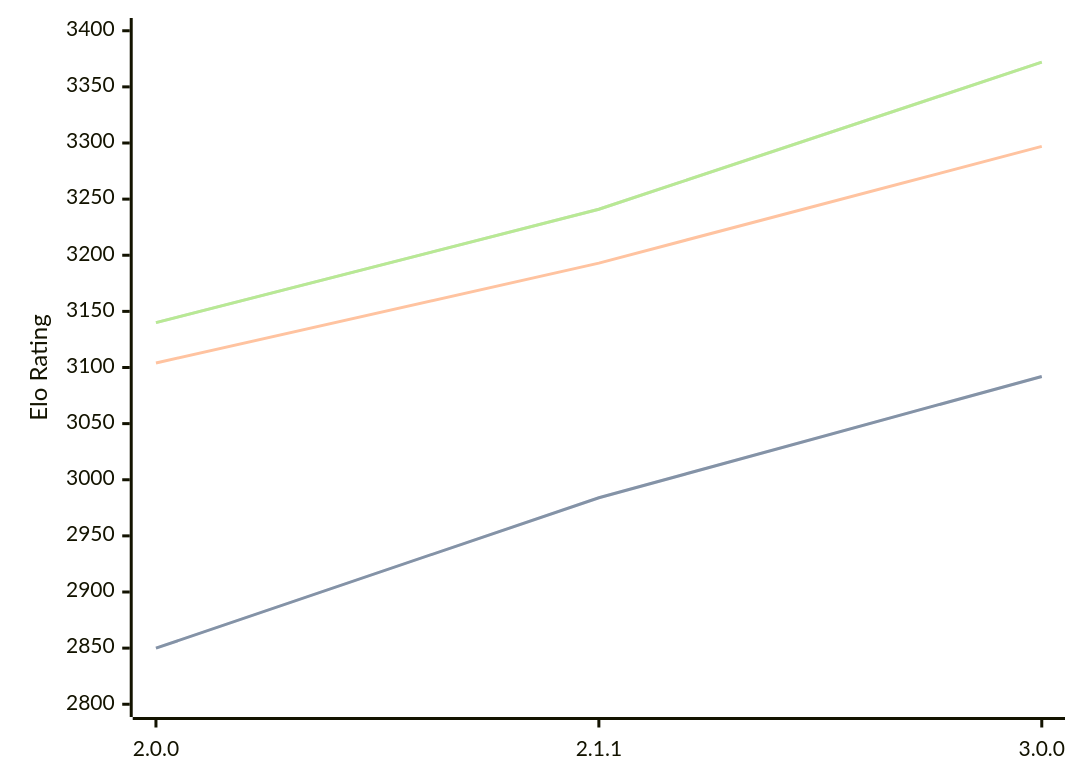
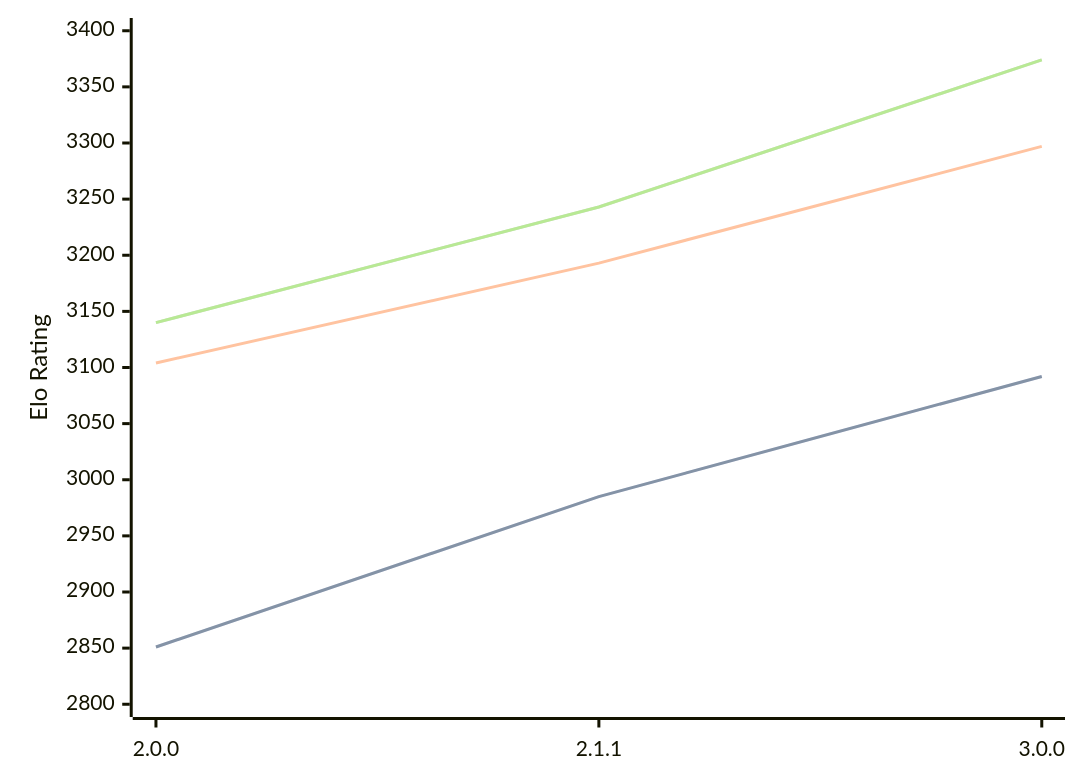
The diagram in engines/Bread.md (computer-chess-index/cci), drawn with Mermaid before and after one commit. The commit also changed other lines of this file, not shown here.

Commit message:
Update CCI Ratings (ELO VLTC) - 2026-05-21

````diff
--- a/engines/Bread.md
+++ b/engines/Bread.md
@@ -51,11 +51,11 @@
 ```mermaid
 %%{init: {"theme":"base","themeVariables":{"seriesColors:['#a3a3a3','#222221','#faa371']}}}%%
 xychart-beta
   x-axis ["2.0.0", "2.1.1", "3.0.0"]
   y-axis "Elo Rating" 2800 --> 3400
-  line "STC (8.0+0.08s)" [2850, 2984, 3092]
-  line "STC (8.0+0.08s)" [2850, 2984, 3092]
+  line "STC (8.0+0.08s)" [2851, 2985, 3092]
+  line "STC (8.0+0.08s)" [2851, 2985, 3092]
   line "LTC (60.0+0.60s)" [3104, 3193, 3297]
-  line "VLTC (2m24s+1.12s)" [3140, 3241, 3372]
-  line "VLTC (2m24s+1.12s)" [3140, 3241, 3372]
+  line "VLTC (2m24s+1.12s)" [3140, 3243, 3374]
+  line "VLTC (2m24s+1.12s)" [3140, 3243, 3374]
 ```
````
